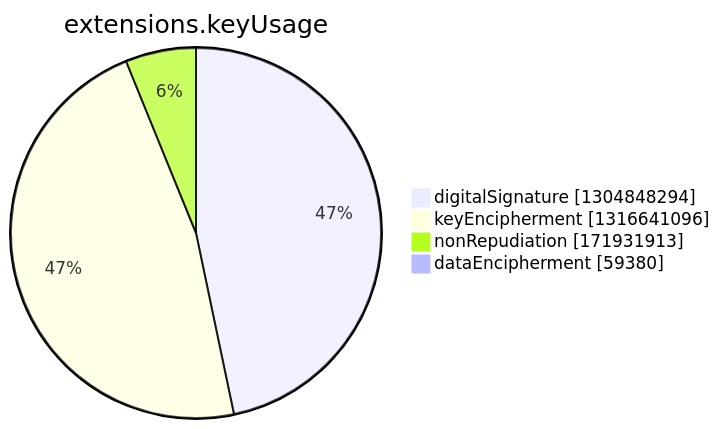
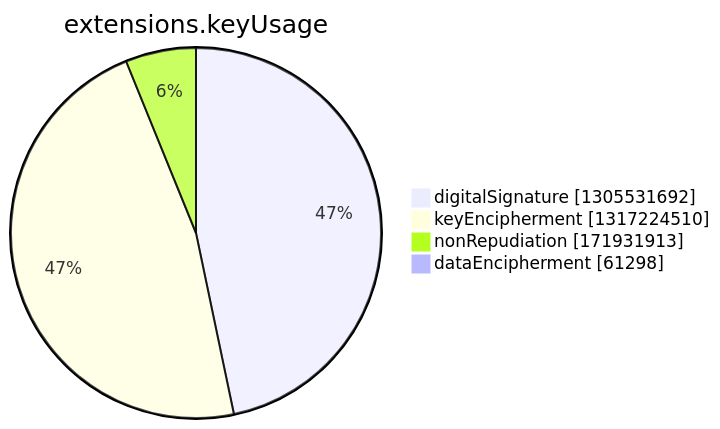
Before and after one commit to christiankrug/ctmonitor_visualization: the seventh of 15 diagrams in argon2022/README.md, drawn with Mermaid. The commit also changed other lines of this file, not shown here.

````diff
--- a/argon2022/README.md
+++ b/argon2022/README.md
@@ -2749,8 +2749,8 @@
 ```mermaid
 pie showData
 title extensions.keyUsage
-"digitalSignature" :1304848294
-"keyEncipherment" :1316641096
+"digitalSignature" :1305531692
+"keyEncipherment" :1317224510
 "nonRepudiation" :171931913
-"dataEncipherment" :59380
+"dataEncipherment" :61298
 ```
````
